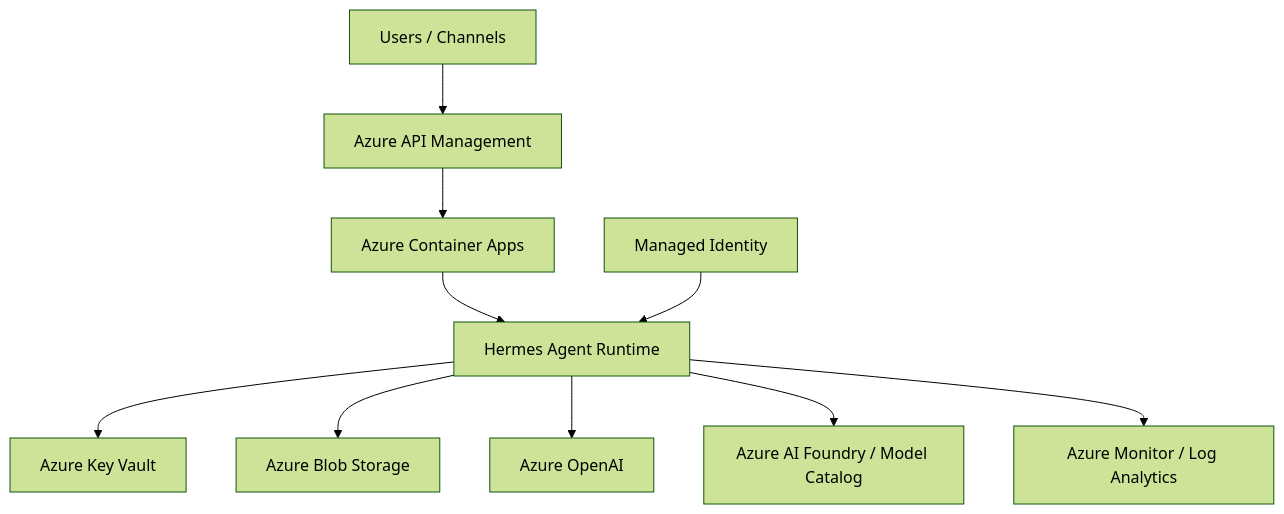
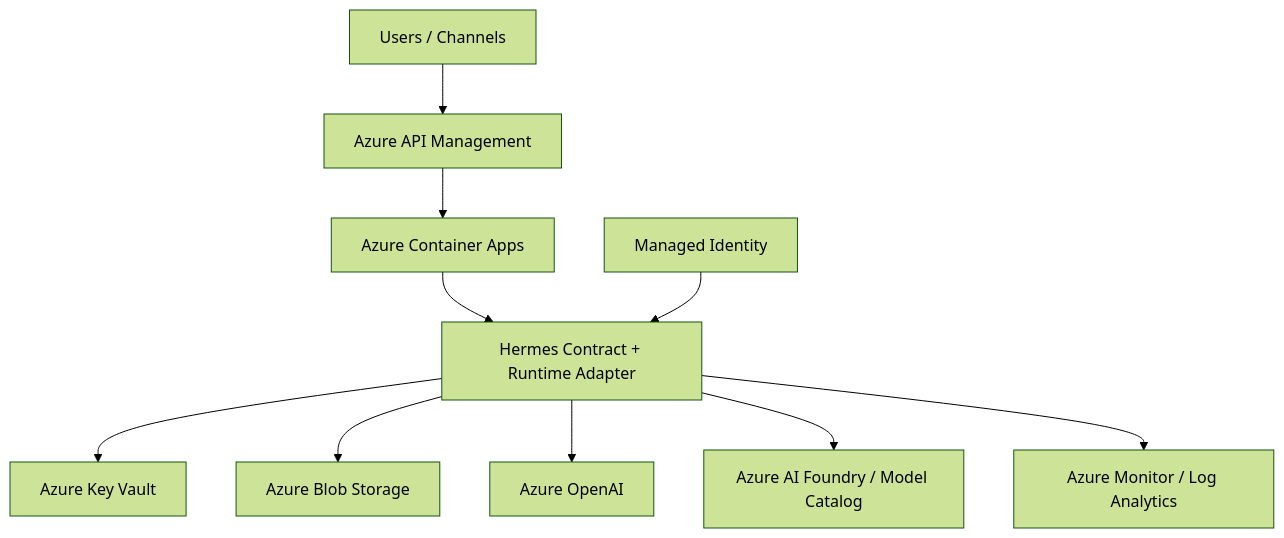
The diagram in docs/ARCHITECTURE.md (turbo998/hermes-on-azure), drawn with Mermaid (forest theme) before and after one commit. The commit also changed other lines of this file and 5 other files, not shown here.

Commit message:
feat: add runtime adapter seam and stronger azure wiring

````diff
--- a/docs/ARCHITECTURE.md
+++ b/docs/ARCHITECTURE.md
@@ -25,12 +25,12 @@
 ```mermaid
 flowchart TD
     U[Users / Channels] --> APIM[Azure API Management]
     APIM --> ACA[Azure Container Apps]
-    ACA --> H[Hermes Agent Runtime]
+    ACA --> H[Hermes Contract + Runtime Adapter]
     H --> KV[Azure Key Vault]
     H --> BLOB[Azure Blob Storage]
     H --> AOAI[Azure OpenAI]
     H --> AIF[Azure AI Foundry / Model Catalog]
     H --> MON[Azure Monitor / Log Analytics]
     MI[Managed Identity] --> H
 ```
````
